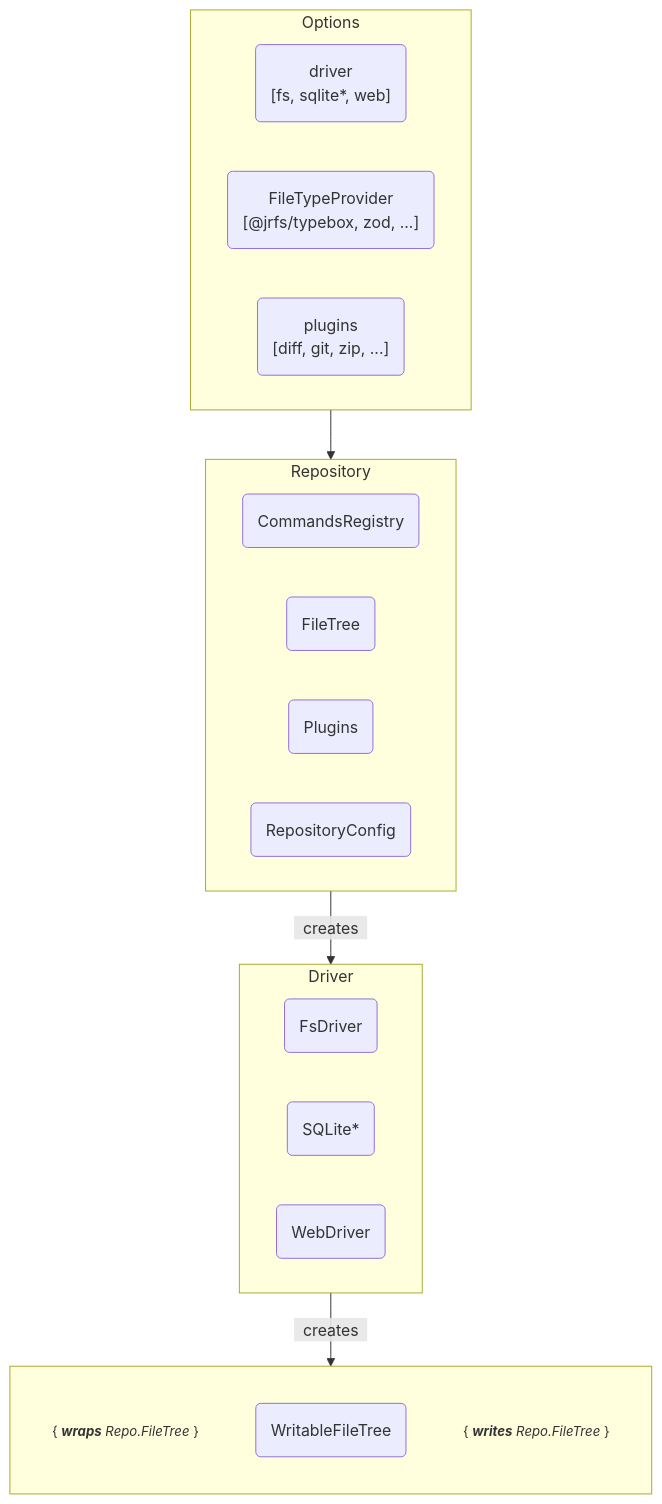
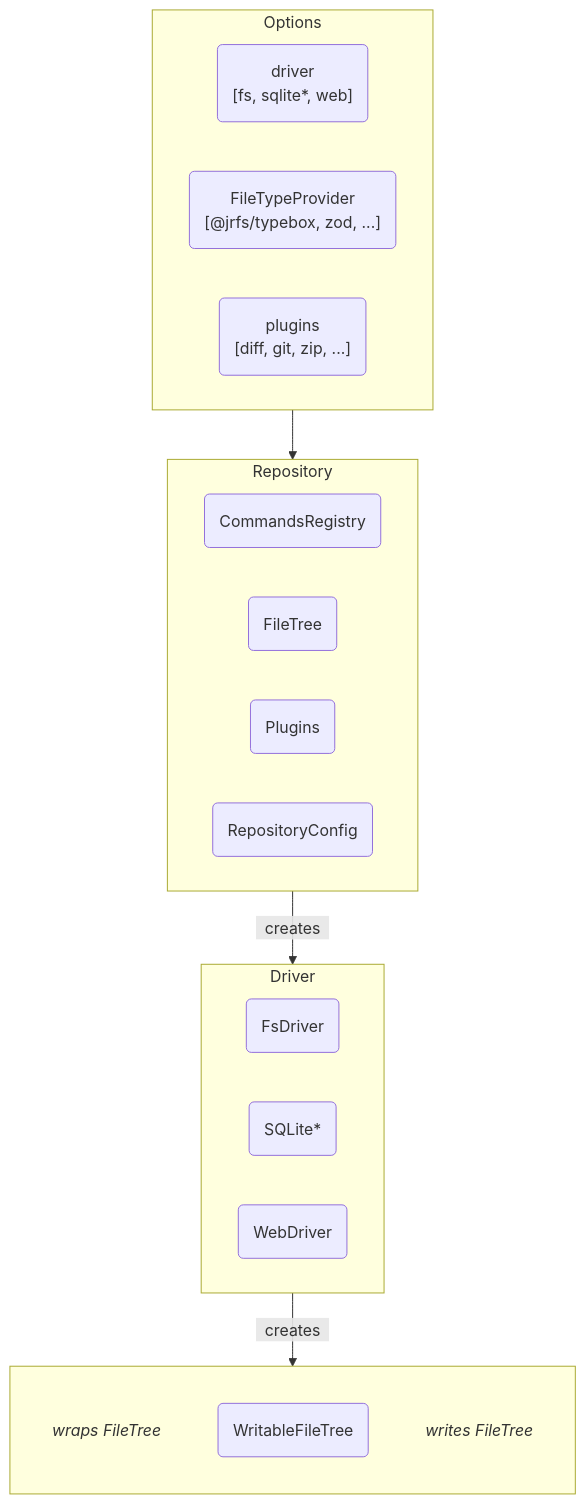
The diagram in README.md (jrfso/jrfs), drawn with Mermaid before and after one commit.

````diff
--- a/README.md
+++ b/README.md
@@ -346,31 +346,31 @@
 ```mermaid
 flowchart TD;
   subgraph Opt ["Options"]
     RO1("driver
         [fs, sqlite*, web]");
     RO2("FileTypeProvider
         [@jrfs/typebox, zod, ...]");
     RO3("plugins
         [diff, git, zip, ...]");
   end
   subgraph Repo ["Repository"]
     CmdReg("CommandsRegistry");
     FT("FileTree");
     PI("Plugins");
     RCfg("RepositoryConfig");
   end
   subgraph DR ["Driver"]
     FSD("FsDriver");
     SQL("SQLite*");
     WBD("WebDriver");
   end
   subgraph DRC [" "]
     direction TB;
-    DRC1@{ shape: text, label: "<small>{ ***wraps*** *Repo.FileTree* }</small>" }
+    DRC1@{ shape: text, label: "*wraps FileTree*" }
     WFT("WritableFileTree");
-    DRC2@{ shape: text, label: "<small>{ ***writes*** *Repo.FileTree* }</small>" }
+    DRC2@{ shape: text, label: "*writes FileTree*" }
   end
   Opt --> Repo;
   Repo --> |"&nbsp; creates &nbsp;"| DR;
   DR --> |"&nbsp; creates &nbsp;"| DRC;
 ```
````
